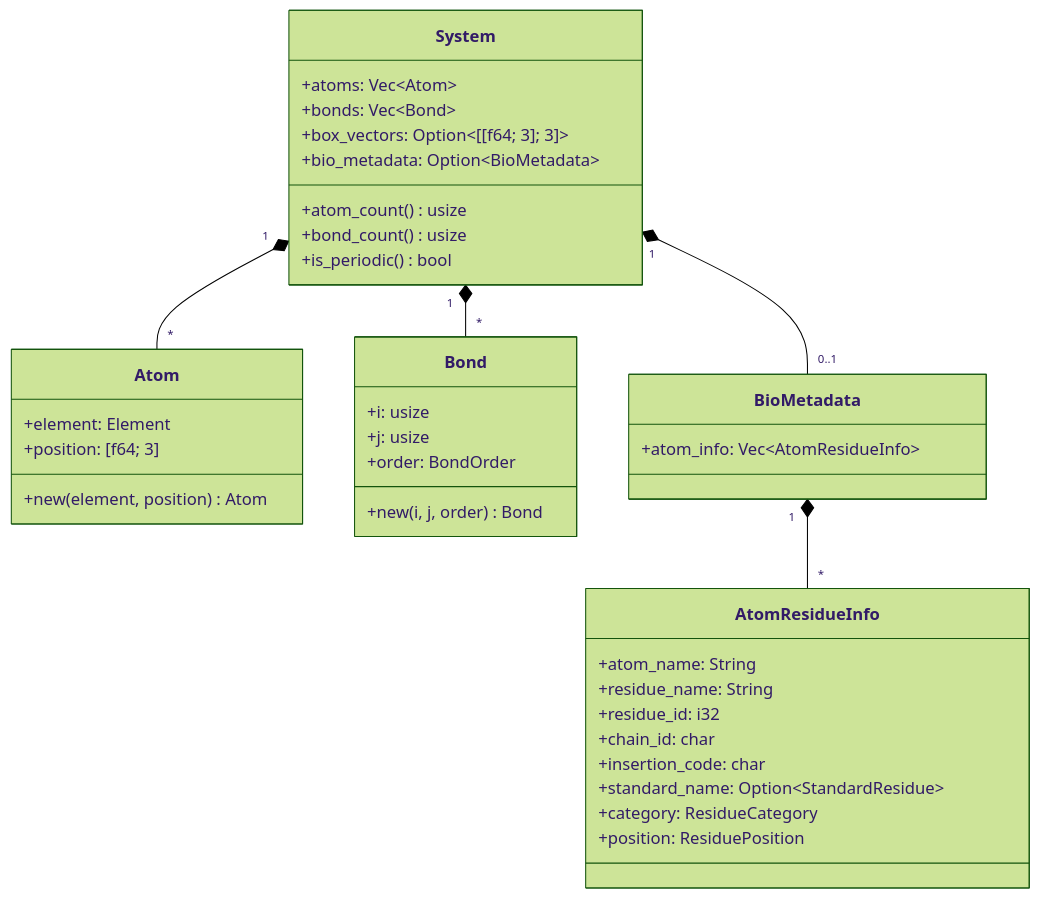
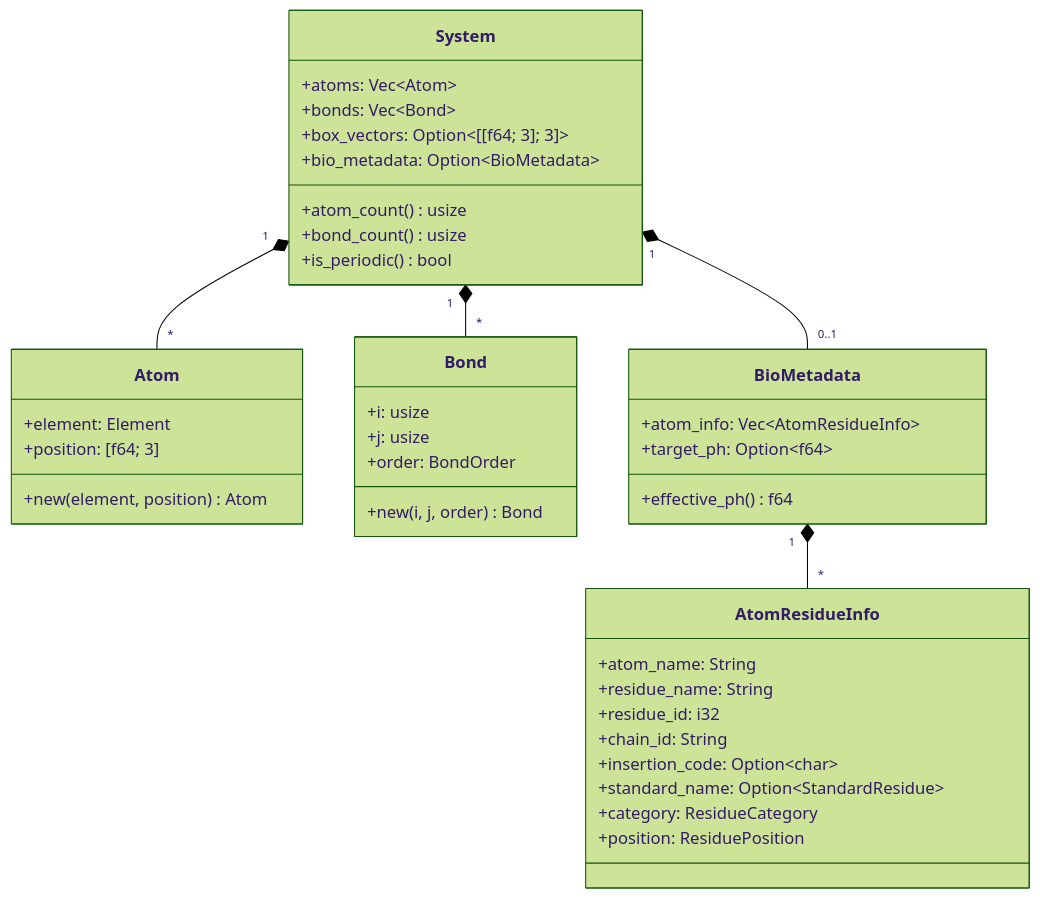
One commit to caltechmsc/dreid-forge changed diagram 13 of 18 in ARCHITECTURE.md. Above: the diagram before and after it, drawn with Mermaid (forest theme). The commit also changed other lines of this file, not shown here.

Commit message:
docs(architecture): Update charge calculation section to include hybrid method and external crate integration

````diff
--- a/ARCHITECTURE.md
+++ b/ARCHITECTURE.md
@@ -549,45 +682,47 @@
 ```mermaid
 classDiagram
     class System {
         +atoms: Vec~Atom~
         +bonds: Vec~Bond~
         +box_vectors: Option~[[f64; 3]; 3]~
         +bio_metadata: Option~BioMetadata~
         +atom_count() usize
         +bond_count() usize
         +is_periodic() bool
     }
 
     class Atom {
         +element: Element
         +position: [f64; 3]
         +new(element, position) Atom
     }
 
     class Bond {
         +i: usize
         +j: usize
         +order: BondOrder
         +new(i, j, order) Bond
     }
 
     class BioMetadata {
         +atom_info: Vec~AtomResidueInfo~
+        +target_ph: Option~f64~
+        +effective_ph() f64
     }
 
     class AtomResidueInfo {
         +atom_name: String
         +residue_name: String
         +residue_id: i32
-        +chain_id: char
-        +insertion_code: char
+        +chain_id: String
+        +insertion_code: Option~char~
         +standard_name: Option~StandardResidue~
         +category: ResidueCategory
         +position: ResiduePosition
     }
 
     System "1" *-- "*" Atom
     System "1" *-- "*" Bond
     System "1" *-- "0..1" BioMetadata
     BioMetadata "1" *-- "*" AtomResidueInfo
 ```
````
